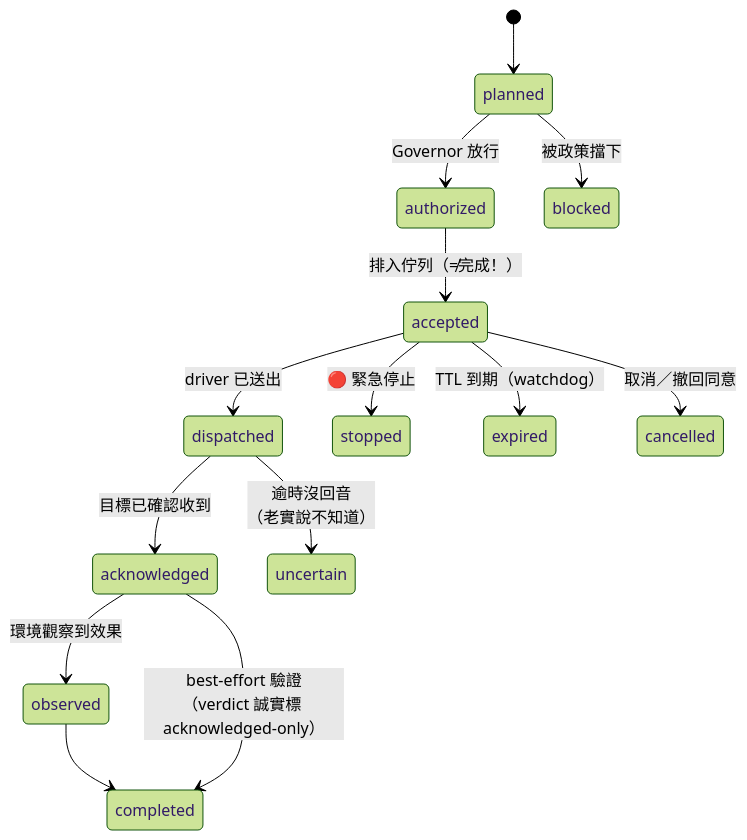
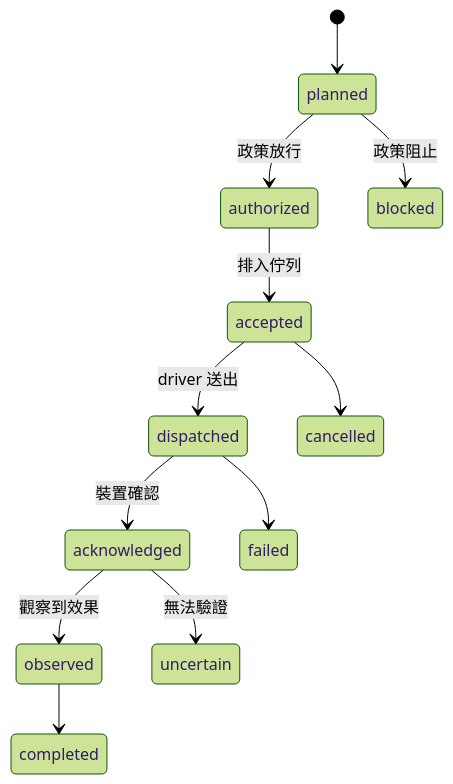
Before and after one commit to miles990/adaptive-interaction: the diagram in docs/DESKTOP-GUIDE.md, drawn with Mermaid (forest theme). The commit also changed other lines of this file and 22 other files, not shown here.

````diff
--- a/docs/DESKTOP-GUIDE.md
+++ b/docs/DESKTOP-GUIDE.md
@@ -98,16 +119,14 @@
 ```mermaid
 stateDiagram-v2
     [*] --> planned
-    planned --> authorized: Governor 放行
-    planned --> blocked: 被政策擋下
-    authorized --> accepted: 排入佇列（≠完成！）
-    accepted --> dispatched: driver 已送出
-    dispatched --> acknowledged: 目標已確認收到
-    acknowledged --> observed: 環境觀察到效果
+    planned --> authorized: 政策放行
+    authorized --> accepted: 排入佇列
+    accepted --> dispatched: driver 送出
+    dispatched --> acknowledged: 裝置確認
+    acknowledged --> observed: 觀察到效果
     observed --> completed
-    acknowledged --> completed: best-effort 驗證<br/>（verdict 誠實標 acknowledged-only）
-    accepted --> stopped: 🔴 緊急停止
-    dispatched --> uncertain: 逾時沒回音<br/>（老實說不知道）
-    accepted --> expired: TTL 到期（watchdog）
-    accepted --> cancelled: 取消／撤回同意
+    planned --> blocked: 政策阻止
+    accepted --> cancelled
+    dispatched --> failed
+    acknowledged --> uncertain: 無法驗證
 ```
````
